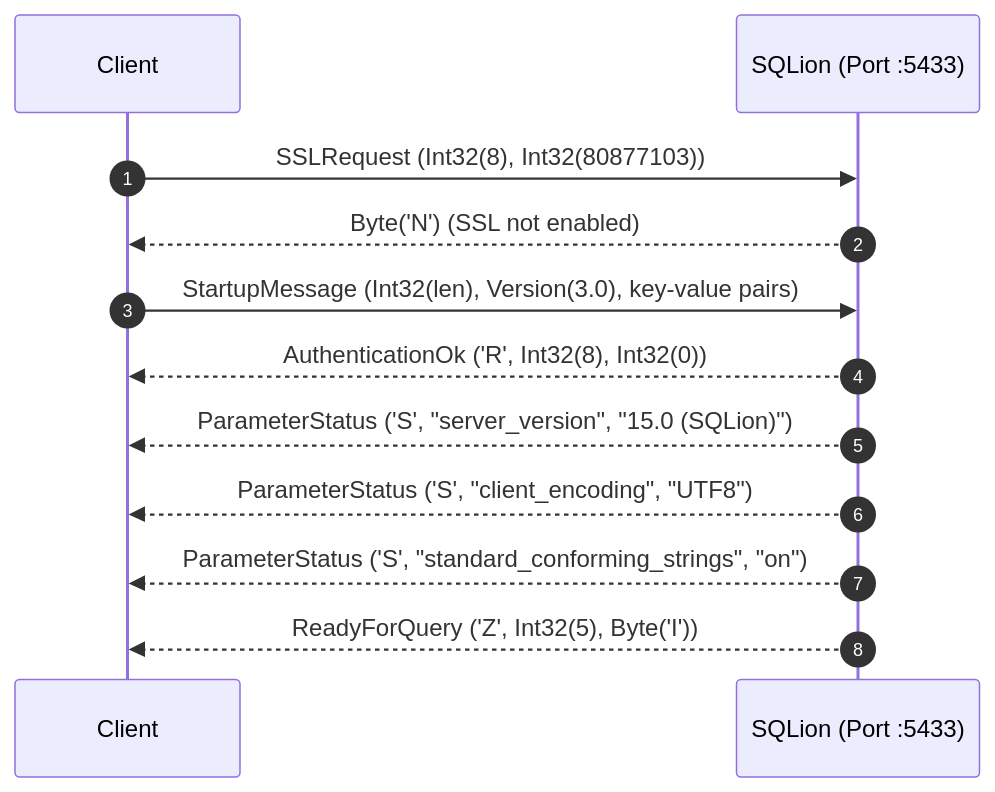
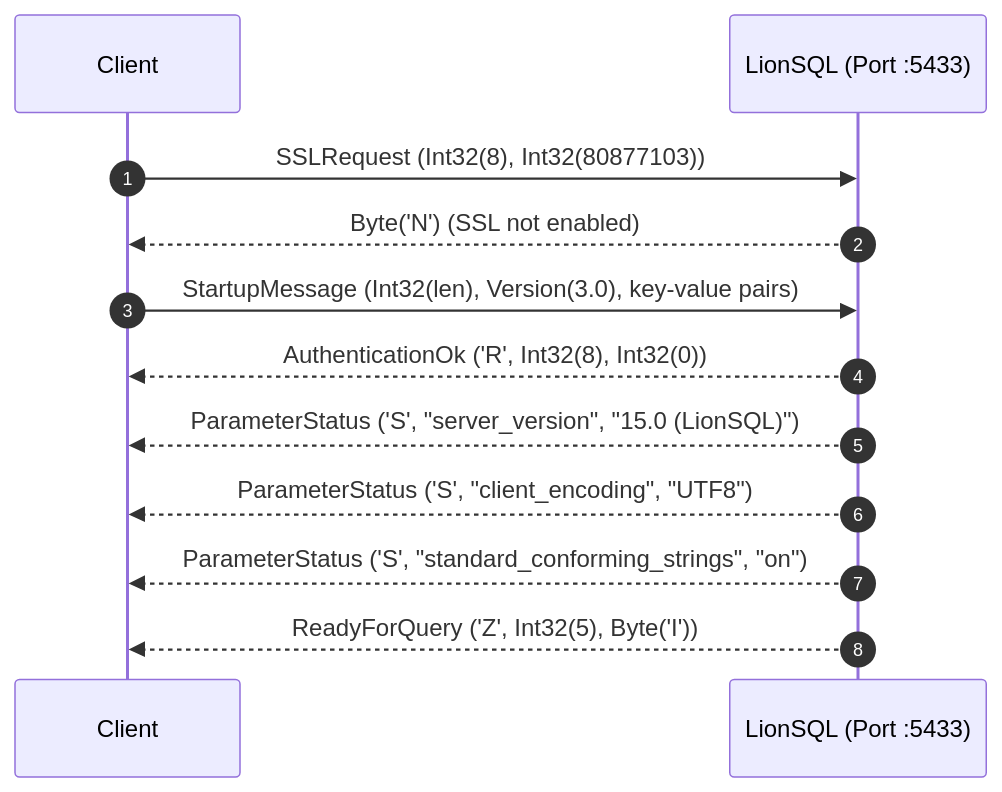
Before and after one commit to MaroShim/LionSQL: the first of 2 diagrams in doc/INTERNALS_WIRE_PROTOCOLS.md, drawn with Mermaid. The commit also changed other lines of this file and 47 other files, not shown here.

````diff
--- a/doc/INTERNALS_WIRE_PROTOCOLS.md
+++ b/doc/INTERNALS_WIRE_PROTOCOLS.md
@@ -38,15 +38,15 @@
 ```mermaid
 sequenceDiagram
     autonumber
     participant Client
-    participant Server as SQLion (Port :5433)
+    participant Server as LionSQL (Port :5433)
 
     Client->>Server: SSLRequest (Int32(8), Int32(80877103))
     Server-->>Client: Byte('N') (SSL not enabled)
     Client->>Server: StartupMessage (Int32(len), Version(3.0), key-value pairs)
     Server-->>Client: AuthenticationOk ('R', Int32(8), Int32(0))
-    Server-->>Client: ParameterStatus ('S', "server_version", "15.0 (SQLion)")
+    Server-->>Client: ParameterStatus ('S', "server_version", "15.0 (LionSQL)")
     Server-->>Client: ParameterStatus ('S', "client_encoding", "UTF8")
     Server-->>Client: ParameterStatus ('S', "standard_conforming_strings", "on")
     Server-->>Client: ReadyForQuery ('Z', Int32(5), Byte('I'))
 ```
````
